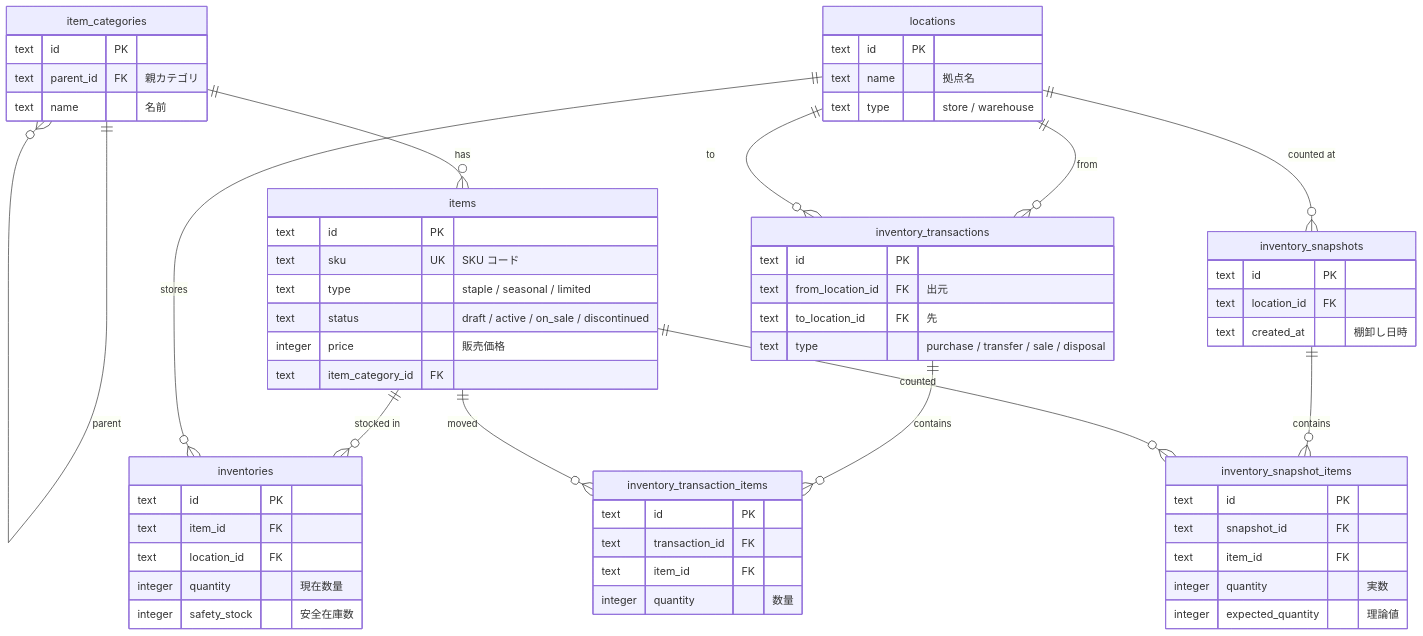
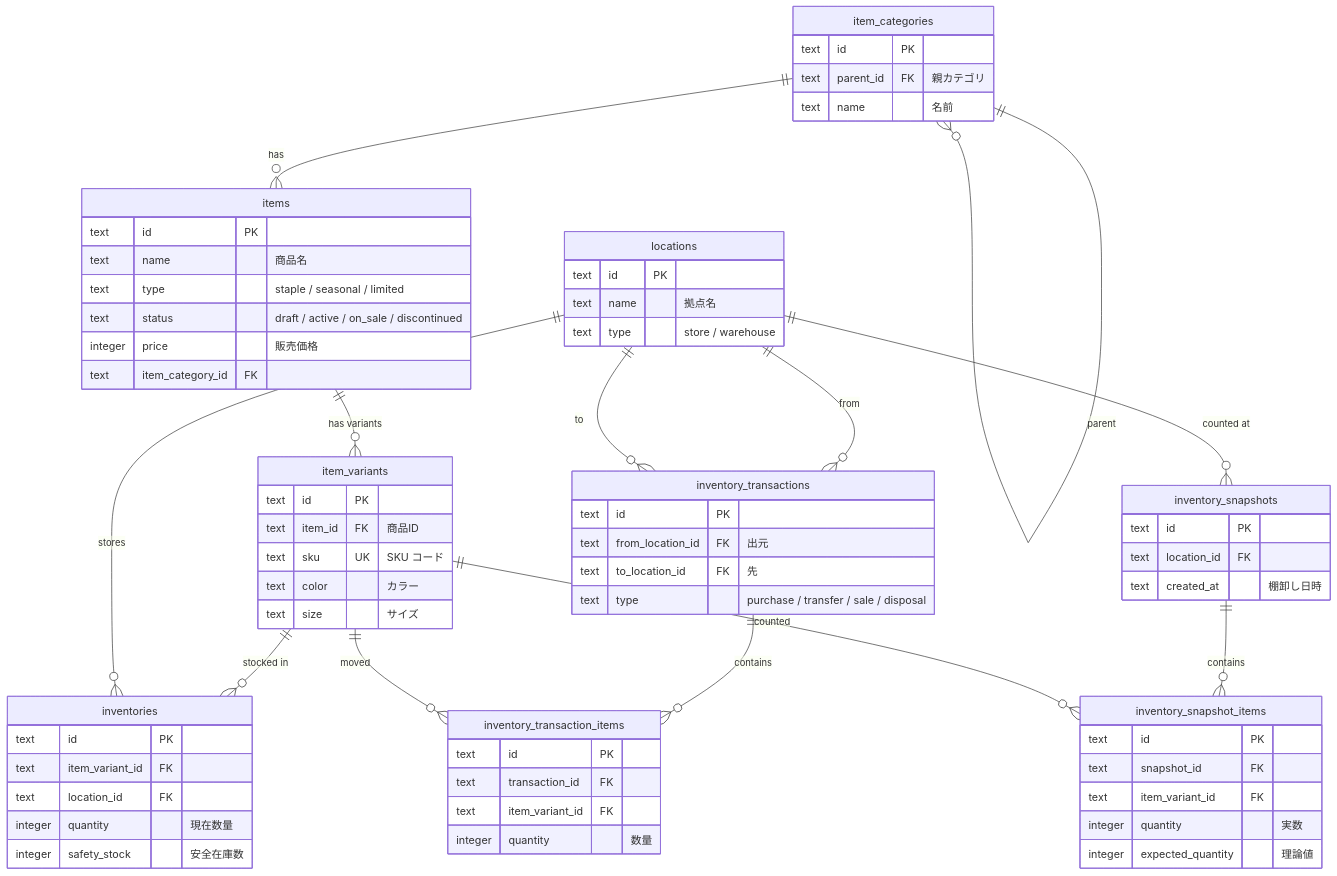
The fourth of 4 diagrams in README.md (seekseep/inventory-management-api), drawn with Mermaid before and after one commit. The commit also changed other lines of this file and 15 other files, not shown here.

````diff
--- a/README.md
+++ b/README.md
@@ -177,71 +178,80 @@
 ```mermaid
 erDiagram
     item_categories ||--o{ item_categories : "parent"
     item_categories ||--o{ items : "has"
-    items ||--o{ inventories : "stocked in"
+    items ||--o{ item_variants : "has variants"
+    item_variants ||--o{ inventories : "stocked in"
     locations ||--o{ inventories : "stores"
     locations ||--o{ inventory_transactions : "from"
     locations ||--o{ inventory_transactions : "to"
     inventory_transactions ||--o{ inventory_transaction_items : "contains"
-    items ||--o{ inventory_transaction_items : "moved"
+    item_variants ||--o{ inventory_transaction_items : "moved"
     locations ||--o{ inventory_snapshots : "counted at"
     inventory_snapshots ||--o{ inventory_snapshot_items : "contains"
-    items ||--o{ inventory_snapshot_items : "counted"
+    item_variants ||--o{ inventory_snapshot_items : "counted"
 
     item_categories {
         text id PK
         text parent_id FK "親カテゴリ"
         text name "名前"
     }
 
     items {
         text id PK
-        text sku UK "SKU コード"
+        text name "商品名"
         text type "staple / seasonal / limited"
         text status "draft / active / on_sale / discontinued"
         integer price "販売価格"
         text item_category_id FK
+    }
+
+    item_variants {
+        text id PK
+        text item_id FK "商品ID"
+        text sku UK "SKU コード"
+        text color "カラー"
+        text size "サイズ"
     }
 
     locations {
         text id PK
         text name "拠点名"
         text type "store / warehouse"
     }
 
     inventories {
         text id PK
-        text item_id FK
+        text item_variant_id FK
         text location_id FK
         integer quantity "現在数量"
         integer safety_stock "安全在庫数"
     }
 
     inventory_transactions {
         text id PK
         text from_location_id FK "出元"
         text to_location_id FK "先"
         text type "purchase / transfer / sale / disposal"
     }
 
     inventory_transaction_items {
         text id PK
         text transaction_id FK
-        text item_id FK
+        text item_variant_id FK
         integer quantity "数量"
     }
 
     inventory_snapshots {
         text id PK
         text location_id FK
         text created_at "棚卸し日時"
     }
 
     inventory_snapshot_items {
         text id PK
         text snapshot_id FK
-        text item_id FK
+        text item_variant_id FK
         integer quantity "実数"
         integer expected_quantity "理論値"
     }
 ```
````
